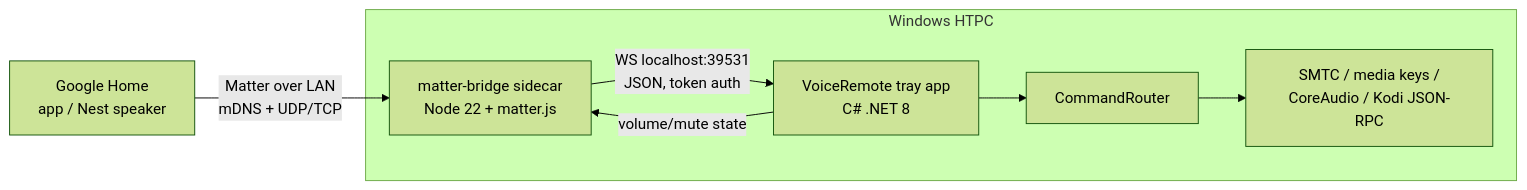
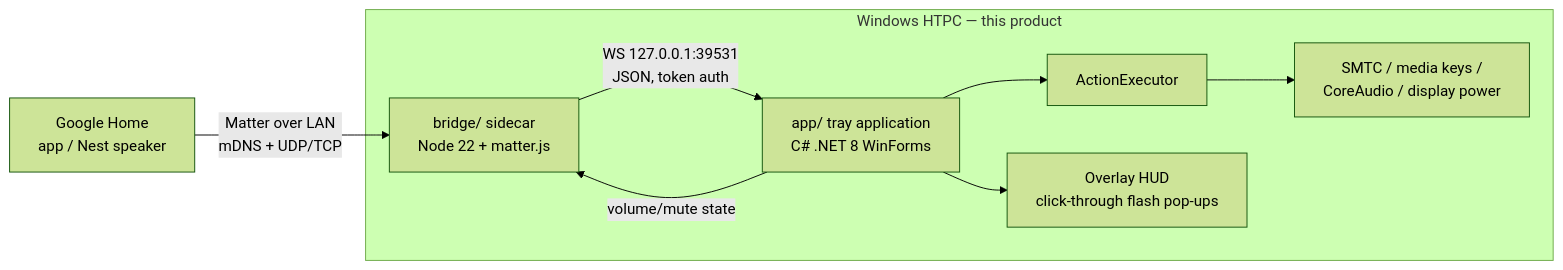
Before and after one commit to fdymond/matterhelm: the diagram in docs/BLUEPRINT.md, drawn with Mermaid (forest theme). The commit also changed other lines of this file and 9 other files, not shown here.

First line of the commit message:
refactor: pivot to fully standalone tray application (ADR-001)

````diff
--- a/docs/BLUEPRINT.md
+++ b/docs/BLUEPRINT.md
@@ -26,10 +34,11 @@
 ```mermaid
 flowchart LR
     GH[Google Home\napp / Nest speaker] -- Matter over LAN\nmDNS + UDP/TCP --> MB
-    subgraph HTPC [Windows HTPC]
-        MB[matter-bridge sidecar\nNode 22 + matter.js] -- WS localhost:39531\nJSON, token auth --> VR[VoiceRemote tray app\nC# .NET 8]
-        VR --> CR[CommandRouter]
-        CR --> A[SMTC / media keys /\nCoreAudio / Kodi JSON-RPC]
-        VR -- volume/mute state --> MB
+    subgraph HTPC [Windows HTPC — this product]
+        MB[bridge/ sidecar\nNode 22 + matter.js] -- WS 127.0.0.1:39531\nJSON, token auth --> TA[app/ tray application\nC# .NET 8 WinForms]
+        TA --> EX[ActionExecutor]
+        EX --> OS[SMTC / media keys /\nCoreAudio / display power]
+        TA --> HUD[Overlay HUD\nclick-through flash pop-ups]
+        TA -- volume/mute state --> MB
     end
 ```
````
